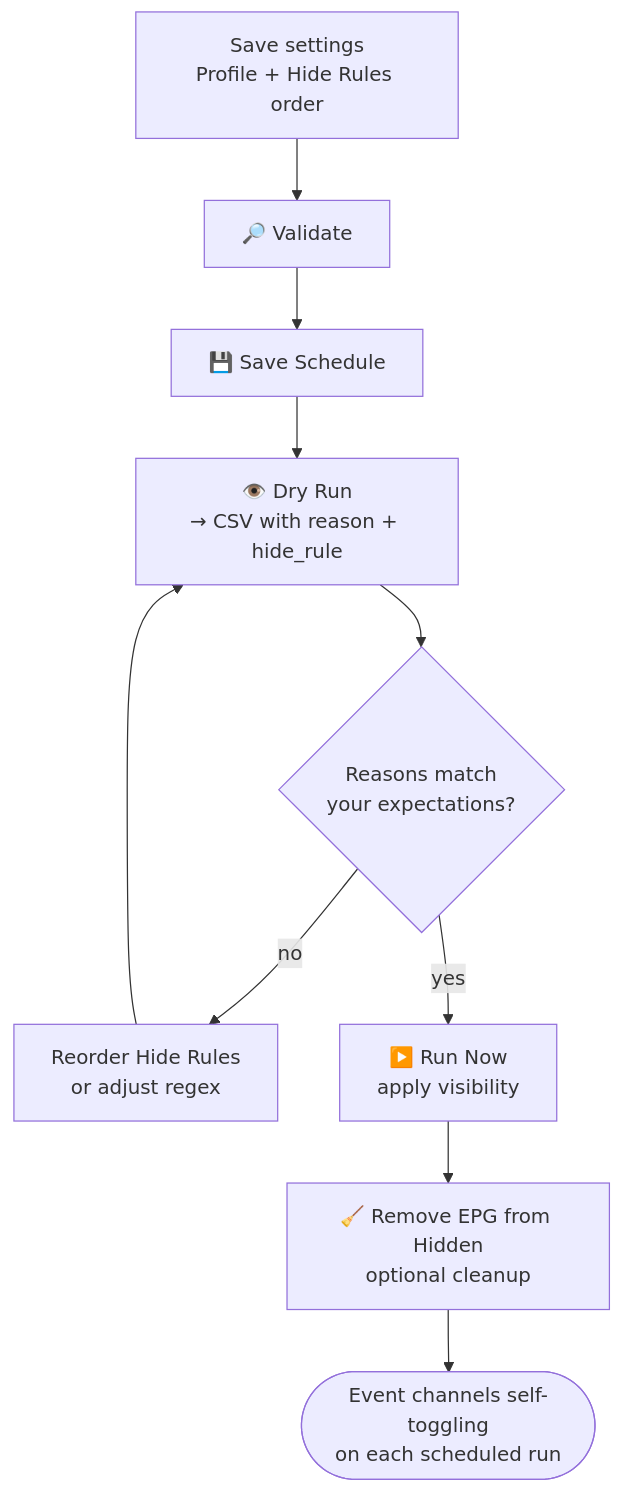
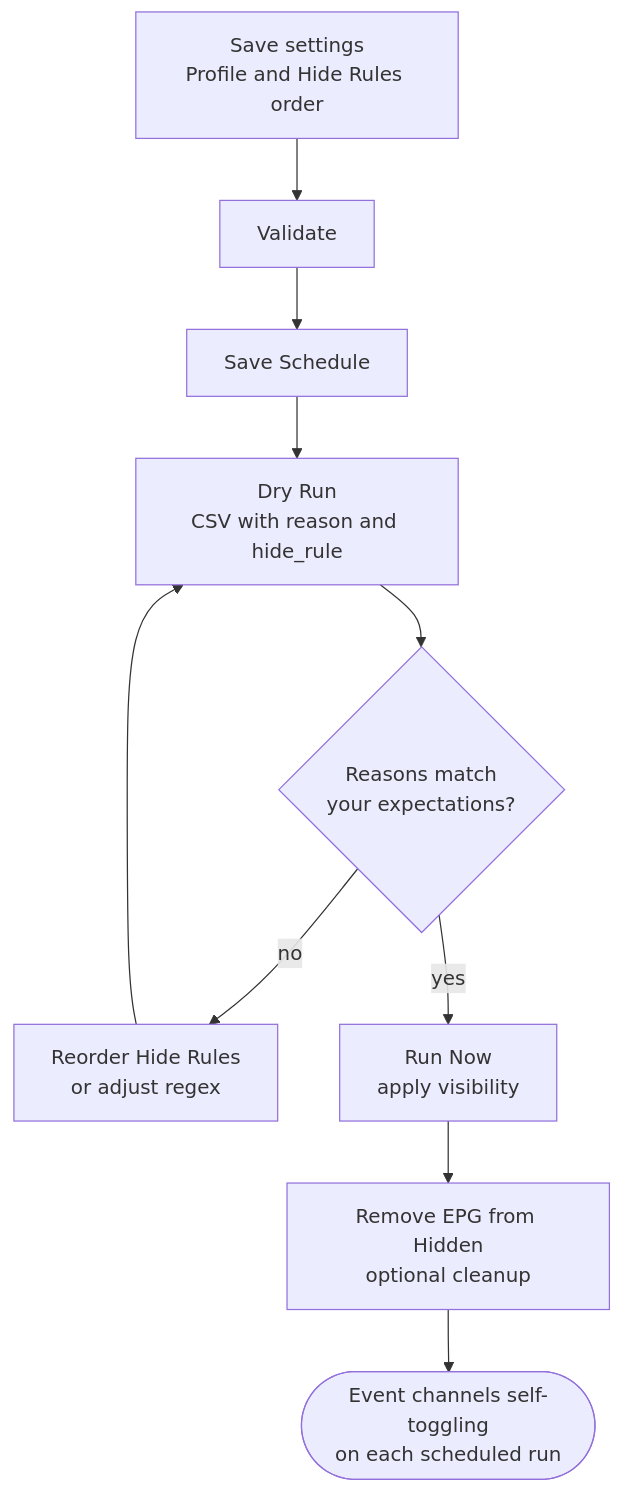
One commit to PiratesIRC/Dispatcharr-Plugin-Workflow changed the diagram in docs/workflow/05-event-channel-managarr.md. Above: the diagram before and after it, drawn with Mermaid. The commit also changed other lines of this file and 7 other files, not shown here.

First line of the commit message:
Fix Mermaid rendering, sidebar nav, and add backup warnings + crontab.guru link

````diff
--- a/docs/workflow/05-event-channel-managarr.md
+++ b/docs/workflow/05-event-channel-managarr.md
@@ -14,12 +17,12 @@
 ```mermaid
 flowchart TD
-    A[Save settings<br/>Profile + Hide Rules order] --> B[🔎 Validate]
-    B --> C[💾 Save Schedule]
-    C --> D[👁️ Dry Run<br/>→ CSV with reason + hide_rule]
-    D --> E{Reasons match<br/>your expectations?}
-    E -->|no| F[Reorder Hide Rules<br/>or adjust regex]
+    A["Save settings<br/>Profile and Hide Rules order"] --> B["Validate"]
+    B --> C["Save Schedule"]
+    C --> D["Dry Run<br/>CSV with reason and hide_rule"]
+    D --> E{"Reasons match<br/>your expectations?"}
+    E -->|no| F["Reorder Hide Rules<br/>or adjust regex"]
     F --> D
-    E -->|yes| G[▶️ Run Now<br/>apply visibility]
-    G --> H[🧹 Remove EPG from Hidden<br/>optional cleanup]
-    H --> Z([Event channels self-toggling<br/>on each scheduled run])
+    E -->|yes| G["Run Now<br/>apply visibility"]
+    G --> H["Remove EPG from Hidden<br/>optional cleanup"]
+    H --> Z(["Event channels self-toggling<br/>on each scheduled run"])
 ```
````
